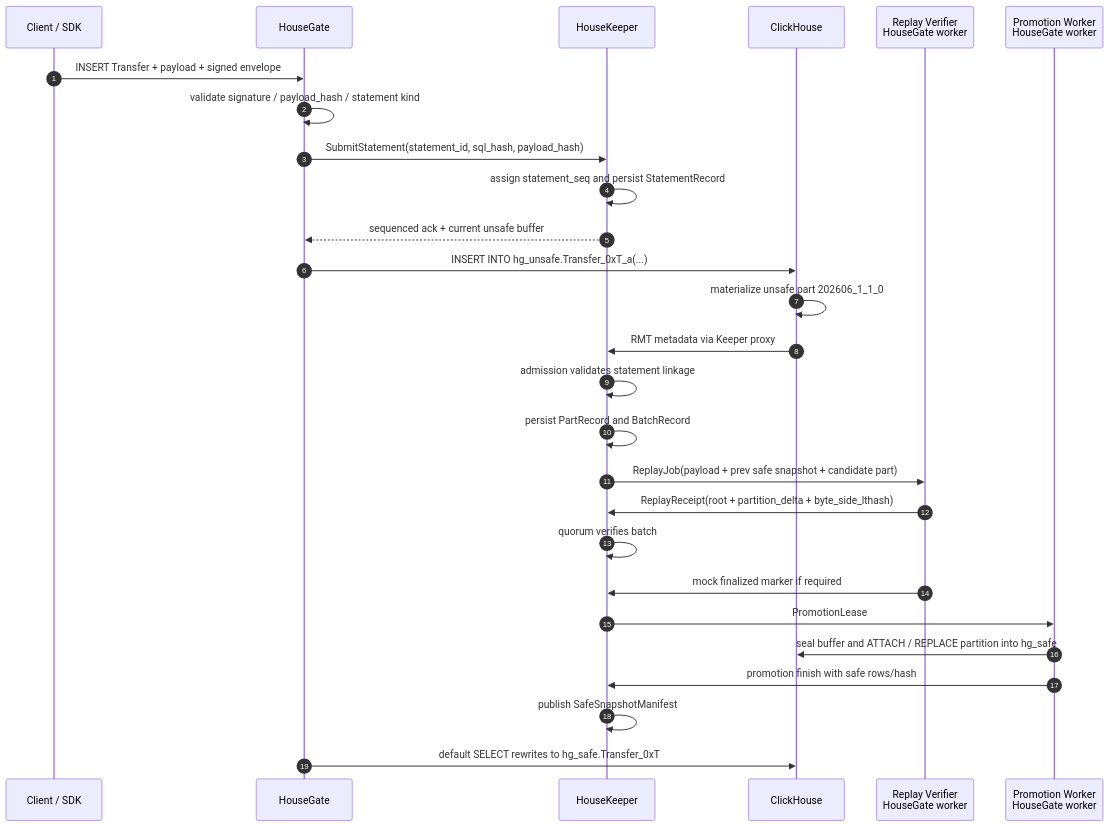
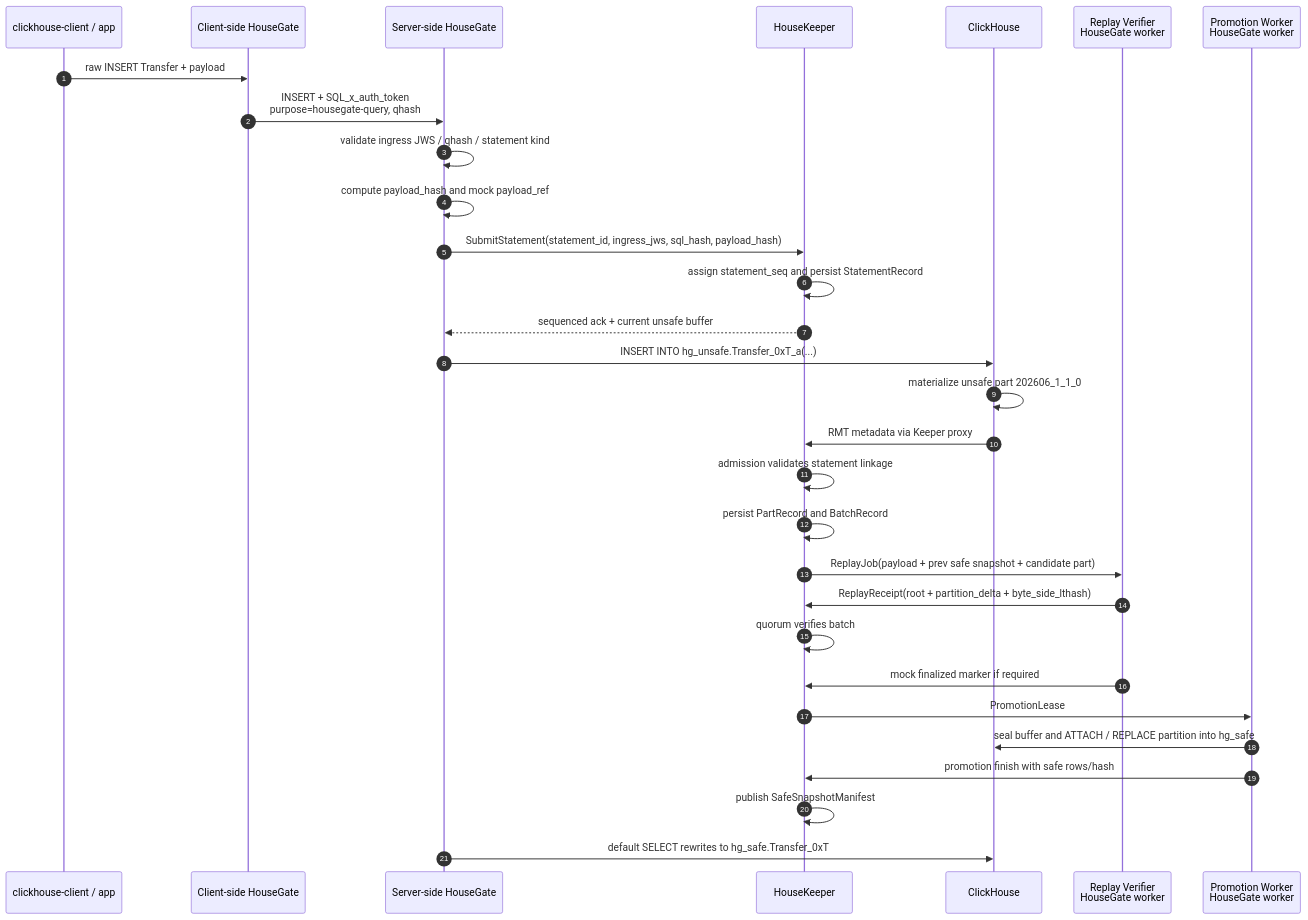
Before and after one commit to housegate/housegate: the third of 4 diagrams in docs/superpowers/specs/2026-06-25-housekeeper-storage-integrity-overall-design.zh-CN.md, drawn with Mermaid. The commit also changed other lines of this file and 5 other files, not shown here.

Commit message:
feat: tag ingress housegate query tokens

````diff
--- a/docs/superpowers/specs/2026-06-25-housekeeper-storage-integrity-overall-design.zh-CN.md
+++ b/docs/superpowers/specs/2026-06-25-housekeeper-storage-integrity-overall-design.zh-CN.md
@@ -511,30 +528,33 @@
 ```mermaid
 sequenceDiagram
   autonumber
-  participant C as Client / SDK
-  participant HG as HouseGate
+  participant C as clickhouse-client / app
+  participant HG1 as Client-side HouseGate
+  participant HG as Server-side HouseGate
   participant HK as HouseKeeper
   participant CH as ClickHouse
   participant V as Replay Verifier<br/>HouseGate worker
   participant P as Promotion Worker<br/>HouseGate worker
 
-  C->>HG: INSERT Transfer + payload + signed envelope
-  HG->>HG: validate signature / payload_hash / statement kind
-  HG->>HK: SubmitStatement(statement_id, sql_hash, payload_hash)
+  C->>HG1: raw INSERT Transfer + payload
+  HG1->>HG: INSERT + SQL_x_auth_token<br/>purpose=housegate-query, qhash
+  HG->>HG: validate ingress JWS / qhash / statement kind
+  HG->>HG: compute payload_hash and mock payload_ref
+  HG->>HK: SubmitStatement(statement_id, ingress_jws, sql_hash, payload_hash)
   HK->>HK: assign statement_seq and persist StatementRecord
   HK-->>HG: sequenced ack + current unsafe buffer
   HG->>CH: INSERT INTO hg_unsafe.Transfer_0xT_a(...)
   CH->>CH: materialize unsafe part 202606_1_1_0
   CH->>HK: RMT metadata via Keeper proxy
   HK->>HK: admission validates statement linkage
   HK->>HK: persist PartRecord and BatchRecord
   HK->>V: ReplayJob(payload + prev safe snapshot + candidate part)
   V->>HK: ReplayReceipt(root + partition_delta + byte_side_lthash)
   HK->>HK: quorum verifies batch
   V->>HK: mock finalized marker if required
   HK->>P: PromotionLease
   P->>CH: seal buffer and ATTACH / REPLACE partition into hg_safe
   P->>HK: promotion finish with safe rows/hash
   HK->>HK: publish SafeSnapshotManifest
   HG->>CH: default SELECT rewrites to hg_safe.Transfer_0xT
 ```
````
